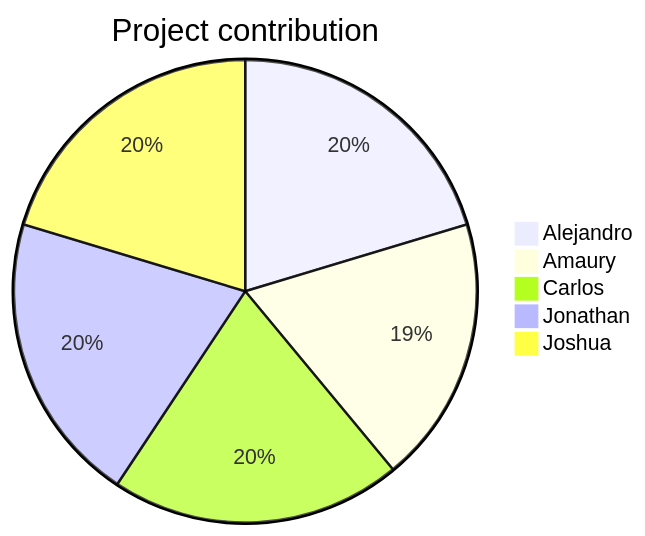
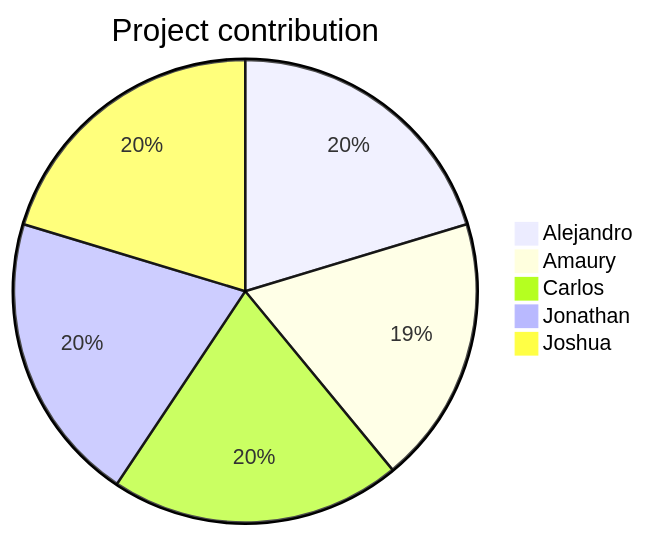
Before and after one commit to JoshuaMeza/HCI: the diagram in github/doc/organization.md, drawn with Mermaid. The commit also changed other lines of this file and 2 other files, not shown here.

````diff
--- a/github/doc/organization.md
+++ b/github/doc/organization.md
@@ -51,9 +67,9 @@
 ```mermaid
 pie
     title         Project contribution
-    "Alejandro" : 24
-    "Amaury"    : 22
-    "Carlos"    : 24
-    "Jonathan"  : 24
-    "Joshua"    : 24
+    "Alejandro" : 25
+    "Amaury"    : 23
+    "Carlos"    : 25
+    "Jonathan"  : 25
+    "Joshua"    : 25
 ```
````
